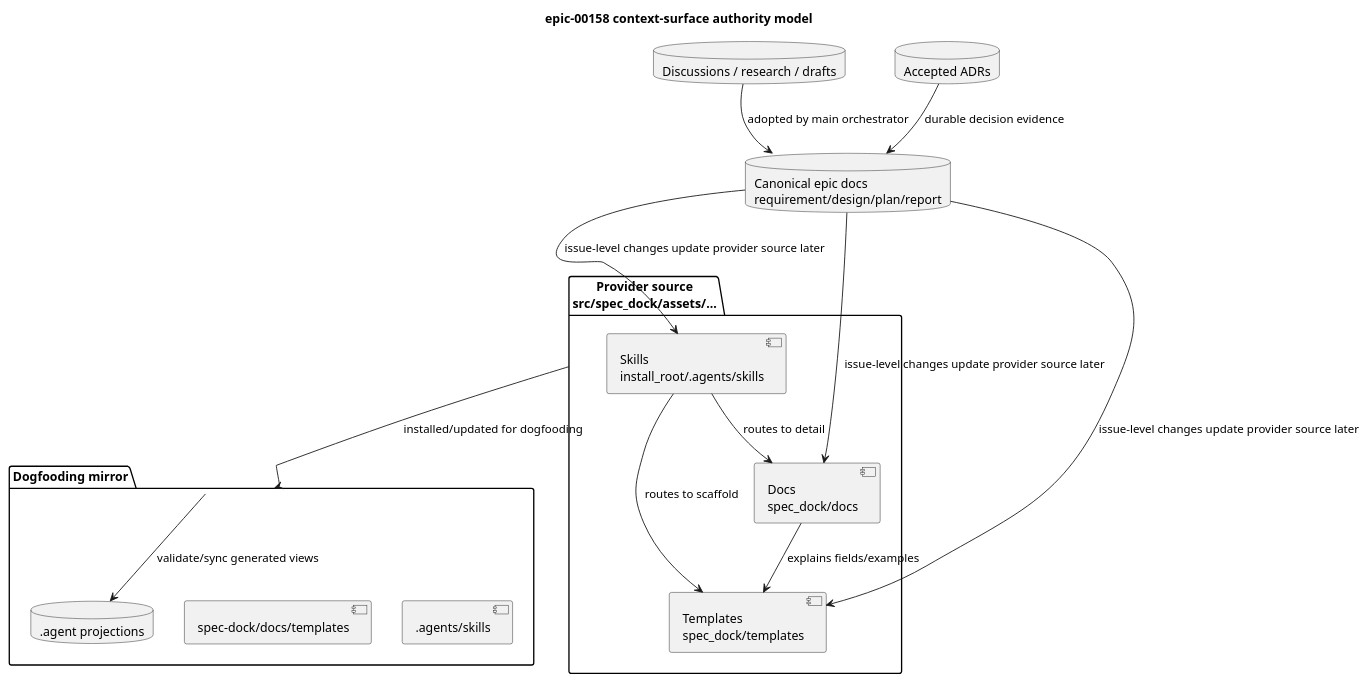
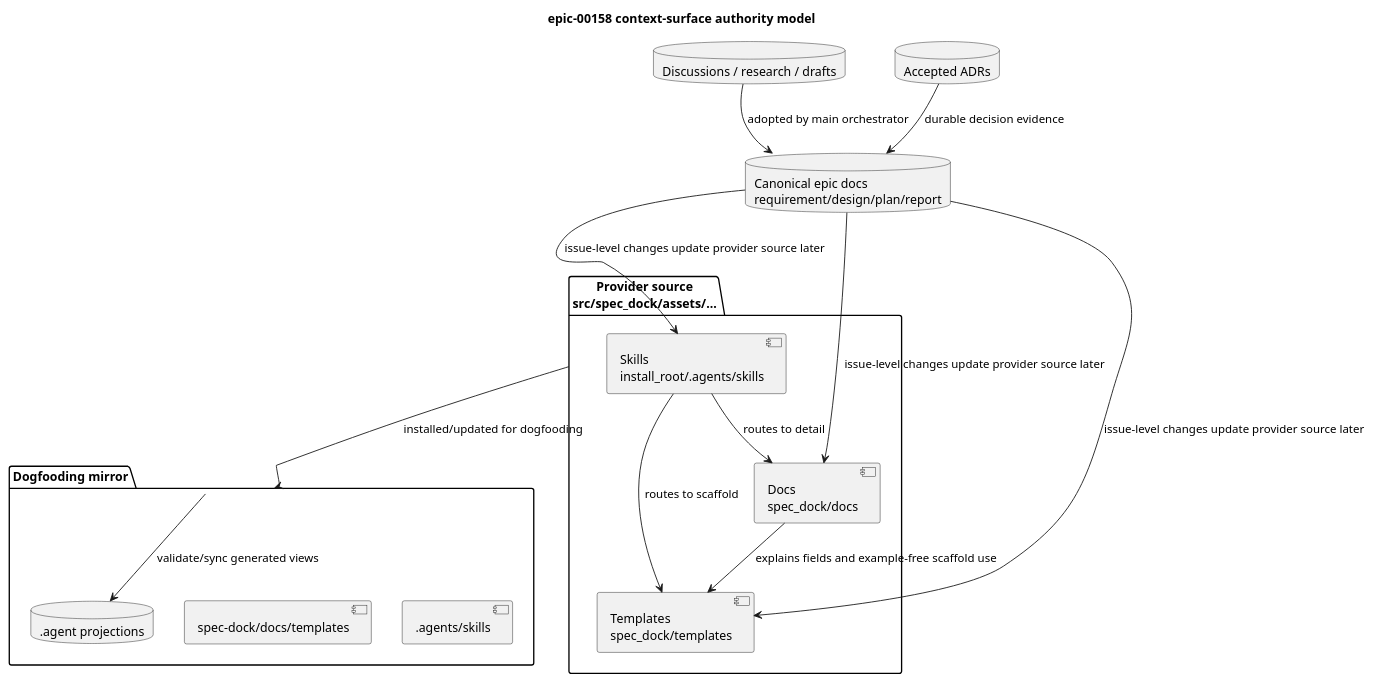
One commit to chemitaro/spec-dock changed the first of 2 diagrams in spec-dock/initiatives/init-local-00003-architecture-maintenance-and-hardening/epics/epic-00158-agent-workflow-pdca-hardening/design.md. Above: the diagram before and after it, drawn with PlantUML. The commit also changed other lines of this file and 12 other files, not shown here.

````diff
--- a/spec-dock/initiatives/init-local-00003-architecture-maintenance-and-hardening/epics/epic-00158-agent-workflow-pdca-hardening/design.md
+++ b/spec-dock/initiatives/init-local-00003-architecture-maintenance-and-hardening/epics/epic-00158-agent-workflow-pdca-hardening/design.md
@@ -58,36 +58,36 @@
 ```plantuml
 @startuml
 title epic-00158 context-surface authority model
 ' Question answered: Which surface owns workflow, detail, scaffold, evidence, and shipped source authority?
 ' Scope: Skills, docs, templates, evidence, canonical docs, provider source, dogfooding mirror.
 ' Excluded details: issue-level edits and runtime guard internals.
 ' Update trigger: authority boundary or provider/mirror handling changes.
 
 package "Provider source\nsrc/spec_dock/assets/..." as Provider {
   component "Skills\ninstall_root/.agents/skills" as Skills
   component "Docs\nspec_dock/docs" as Docs
   component "Templates\nspec_dock/templates" as Templates
 }
 
 package "Dogfooding mirror" as Mirror {
   component ".agents/skills" as MirrorSkills
   component "spec-dock/docs/templates" as MirrorDocsTemplates
   database ".agent projections" as Projections
 }
 
 database "Discussions / research / drafts" as Evidence
 database "Accepted ADRs" as ADR
 database "Canonical epic docs\nrequirement/design/plan/report" as Canonical
 
 Skills --> Docs : routes to detail
 Skills --> Templates : routes to scaffold
-Docs --> Templates : explains fields/examples
+Docs --> Templates : explains fields and example-free scaffold use
 Evidence --> Canonical : adopted by main orchestrator
 ADR --> Canonical : durable decision evidence
 Provider --> Mirror : installed/updated for dogfooding
 Mirror --> Projections : validate/sync generated views
 Canonical --> Skills : issue-level changes update provider source later
 Canonical --> Docs : issue-level changes update provider source later
 Canonical --> Templates : issue-level changes update provider source later
 @enduml
 ```
````
